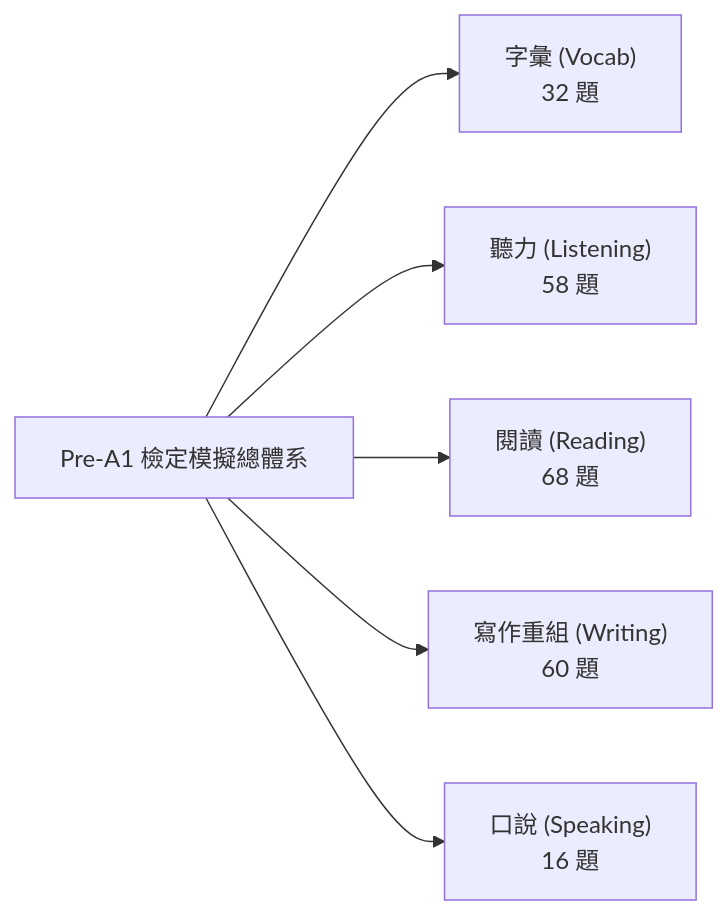
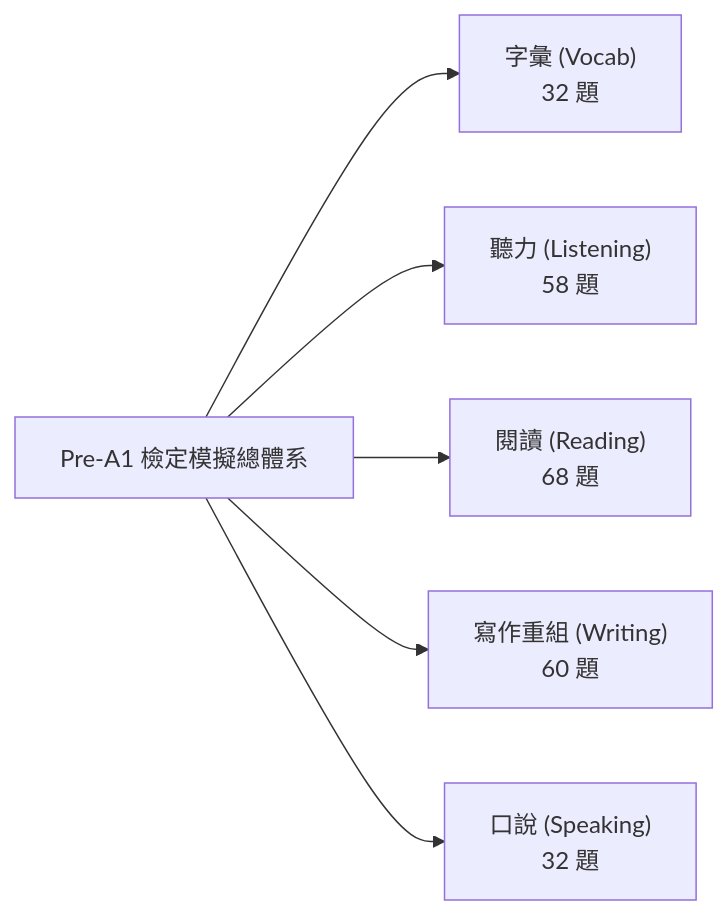
One commit to u864001/wutaivocab changed the first of 2 diagrams in docs/exam/TME_PRE_A1_EXAM_SPEC_AND_GUIDE.md. Above: the diagram before and after it, drawn with Mermaid. The commit also changed other lines of this file and 8 other files, not shown here.

````diff
--- a/docs/exam/TME_PRE_A1_EXAM_SPEC_AND_GUIDE.md
+++ b/docs/exam/TME_PRE_A1_EXAM_SPEC_AND_GUIDE.md
@@ -12,8 +12,8 @@
 ```mermaid
 flowchart LR
     A["Pre-A1 檢定模擬總體系"] --> B["字彙 (Vocab)<br/>32 題"]
     A --> C["聽力 (Listening)<br/>58 題"]
     A --> D["閱讀 (Reading)<br/>68 題"]
     A --> E["寫作重組 (Writing)<br/>60 題"]
-    A --> F["口說 (Speaking)<br/>16 題"]
+    A --> F["口說 (Speaking)<br/>32 題"]
 ```
````
